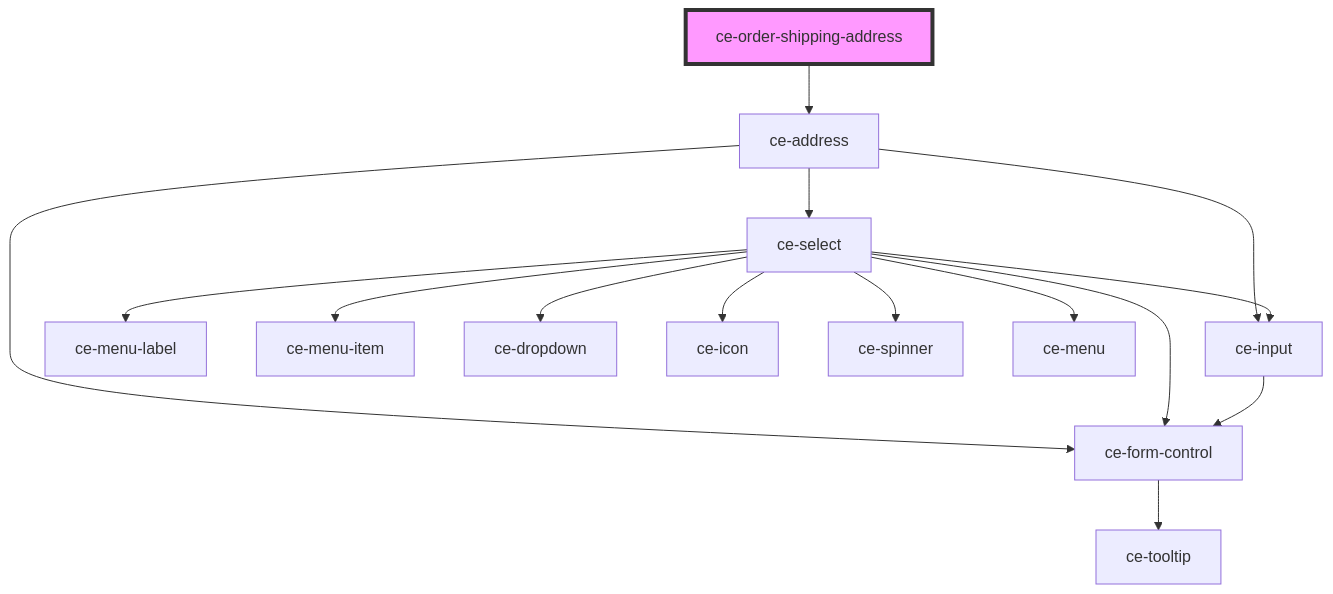
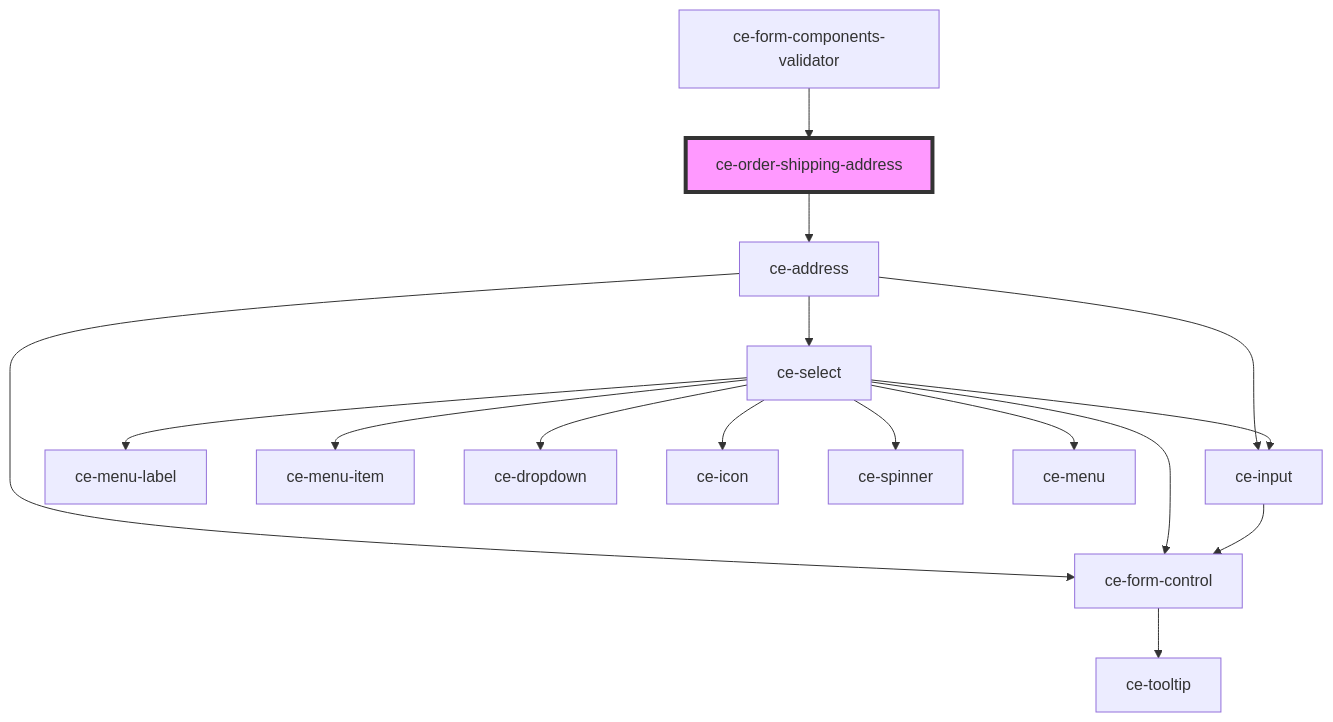
Before and after one commit to surecart/surecart-wp-plugin: the diagram in packages/components/src/components/controllers/order-shipping-address/readme.md, drawn with Mermaid. The commit also changed other lines of this file and 9 other files, not shown here.

````diff
--- a/packages/components/src/components/controllers/order-shipping-address/readme.md
+++ b/packages/components/src/components/controllers/order-shipping-address/readme.md
@@ -26,18 +30,19 @@
 ```mermaid
 graph TD;
   ce-order-shipping-address --> ce-address
   ce-address --> ce-form-control
   ce-address --> ce-select
   ce-address --> ce-input
   ce-form-control --> ce-tooltip
   ce-select --> ce-menu-label
   ce-select --> ce-menu-item
   ce-select --> ce-form-control
   ce-select --> ce-dropdown
   ce-select --> ce-icon
   ce-select --> ce-input
   ce-select --> ce-spinner
   ce-select --> ce-menu
   ce-input --> ce-form-control
+  ce-form-components-validator --> ce-order-shipping-address
   style ce-order-shipping-address fill:#f9f,stroke:#333,stroke-width:4px
 ```
````
